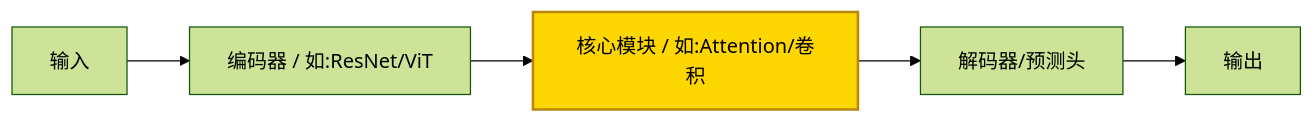
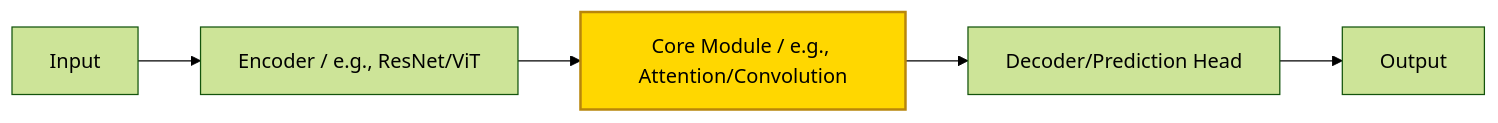
One commit to Kirky-X/cangjie changed the fifth of 9 diagrams in templates/【模板】论文研究报告.md. Above: the diagram before and after it, drawn with Mermaid (forest theme). The commit also changed other lines of this file and 60 other files, not shown here.

````diff
--- a/templates/【模板】论文研究报告.md
+++ b/templates/【模板】论文研究报告.md
@@ -252,9 +252,9 @@
 ```mermaid
 graph LR
-    Input[输入] --> Encoder[编码器 / 如:ResNet/ViT]
-    Encoder --> Core[核心模块 / 如:Attention/卷积]
-    Core --> Decoder[解码器/预测头]
-    Decoder --> Output[输出]
+    Input[Input] --> Encoder[Encoder / e.g., ResNet/ViT]
+    Encoder --> Core[Core Module / e.g., Attention/Convolution]
+    Core --> Decoder[Decoder/Prediction Head]
+    Decoder --> Output[Output]
 
     style Core fill:#ffd700,stroke:#b8860b,stroke-width:2px
 ```
````
